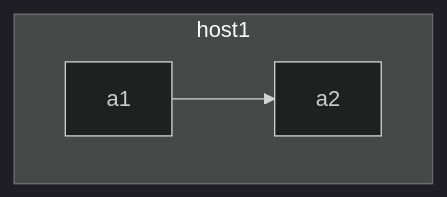
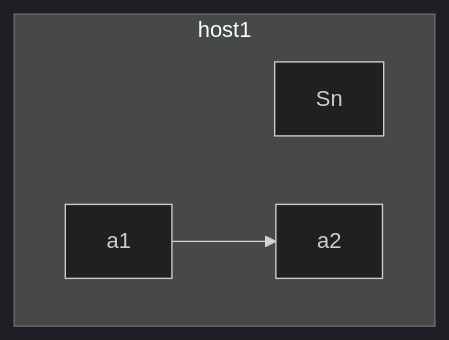
One commit to googlelxhgithub/iodraw-files changed the diagram in all/network.md. Above: the diagram before and after it, drawn with Mermaid (dark theme).

Commit message:
2024-08-30 21:45:02 update

````diff
--- a/all/network.md
+++ b/all/network.md
@@ -1,8 +1,8 @@
 ```mermaid
 flowchart TB
     subgraph host1
-    
+    Sn
     a1-->a2
     end
  
 ```
````
